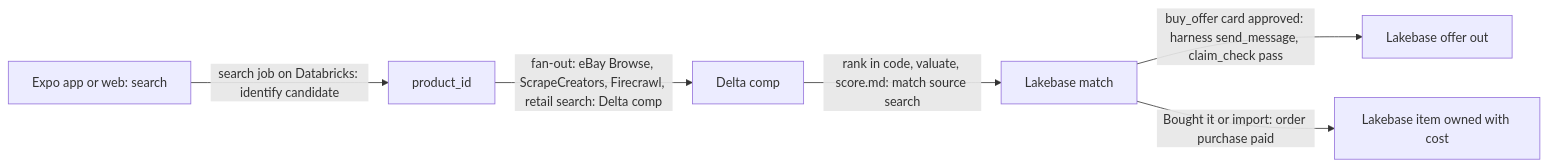
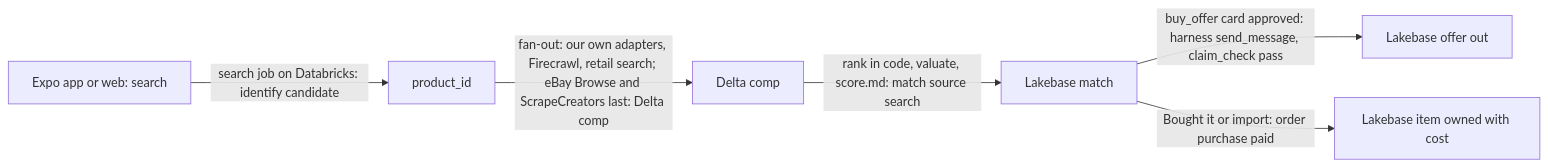
One commit to benverhaalen/secondhand changed the diagram in spec/features/buy.md. Above: the diagram before and after it, drawn with Mermaid. The commit also changed other lines of this file and 15 other files, not shown here.

Commit message:
docs(spec): our own protocol first across the feature specs and docs; Nate's answers on photos, retouch and 3D written in; new open questions

````diff
--- a/spec/features/buy.md
+++ b/spec/features/buy.md
@@ -107,8 +107,8 @@
 ```mermaid
 flowchart LR
   Q["Expo app or web: search"] -->|"search job on Databricks: identify candidate"| P["product_id"]
-  P -->|"fan-out: eBay Browse, ScrapeCreators, Firecrawl, retail search: Delta comp"| C["Delta comp"]
+  P -->|"fan-out: our own adapters, Firecrawl, retail search; eBay Browse and ScrapeCreators last: Delta comp"| C["Delta comp"]
   C -->|"rank in code, valuate, score.md: match source search"| M["Lakebase match"]
   M -->|"buy_offer card approved: harness send_message, claim_check pass"| O["Lakebase offer out"]
   M -->|"Bought it or import: order purchase paid"| I["Lakebase item owned with cost"]
 ```
````
